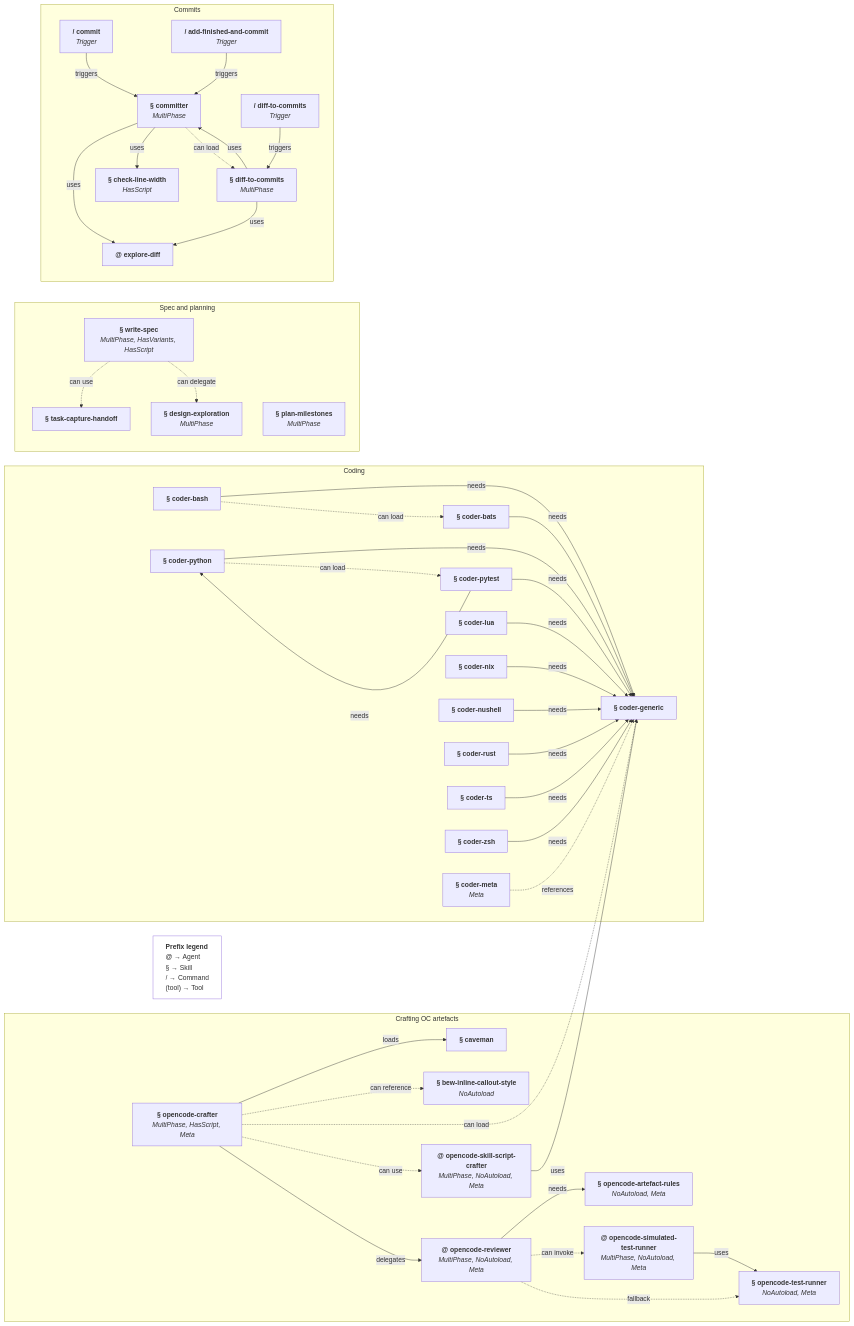
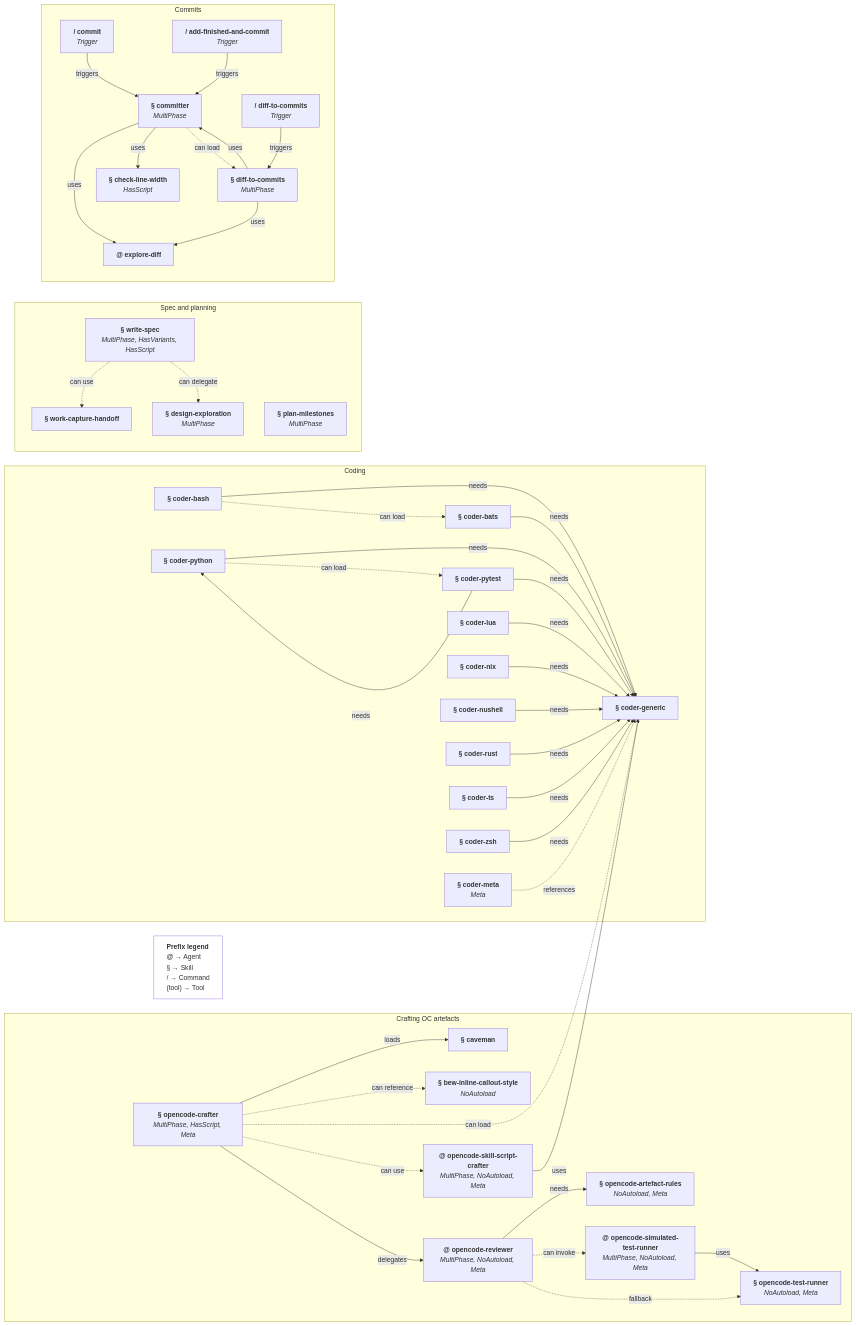
The first of 2 diagrams in opencode/MY_AI_STUFF.md (bew/dotfiles), drawn with Mermaid before and after one commit. The commit also changed other lines of this file and 9 other files, not shown here.

First line of the commit message:
oc: Generalise work capture to task/idea/bug modes

```diff
--- a/opencode/MY_AI_STUFF.md
+++ b/opencode/MY_AI_STUFF.md
@@ -32,7 +32,7 @@
   %% Referenced by the craft/spec subgraphs but not members of them.
   sk_cav["<b>§ caveman</b>"]
   sk_bew_callout["<b>§ bew-inline-callout-style</b><br/><i>NoAutoload</i>"]
-  sk_task_capture["<b>§ task-capture-handoff</b>"]
+  sk_work_capture["<b>§ work-capture-handoff</b>"]
   legend["<b>Prefix legend</b><br/>@ → Agent<br/>§ → Skill<br/>/ → Command<br/>(tool) → Tool"]
   style legend text-align:left,fill:none
 
@@ -89,7 +89,7 @@
     sk_design_explore["<b>§ design-exploration</b><br/><i>MultiPhase</i>"]
     sk_plan_milestones["<b>§ plan-milestones</b><br/><i>MultiPhase</i>"]
     sk_write_spec -. can delegate .-> sk_design_explore
-    sk_write_spec -. can use .-> sk_task_capture
+    sk_write_spec -. can use .-> sk_work_capture
   end
 
   subgraph commit[Commits]
```
